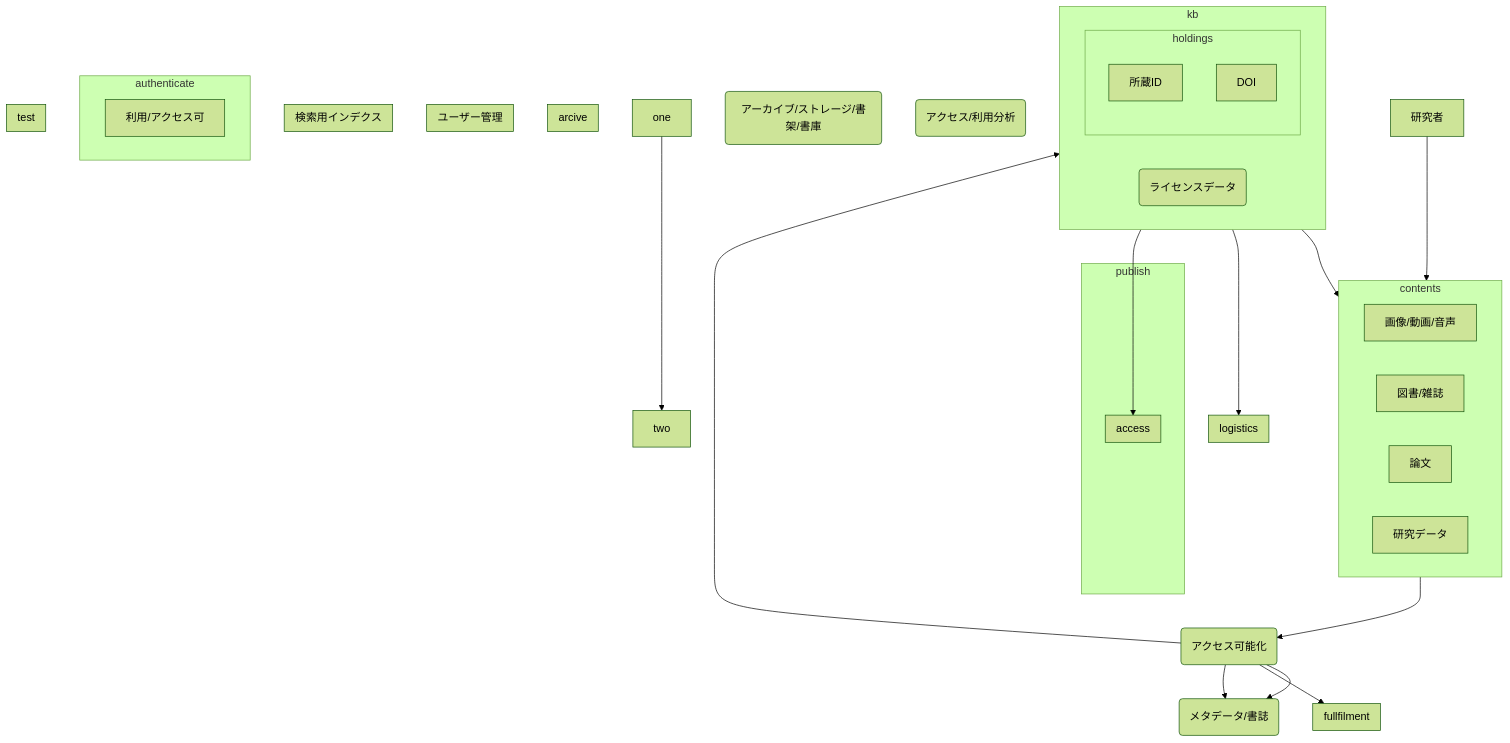
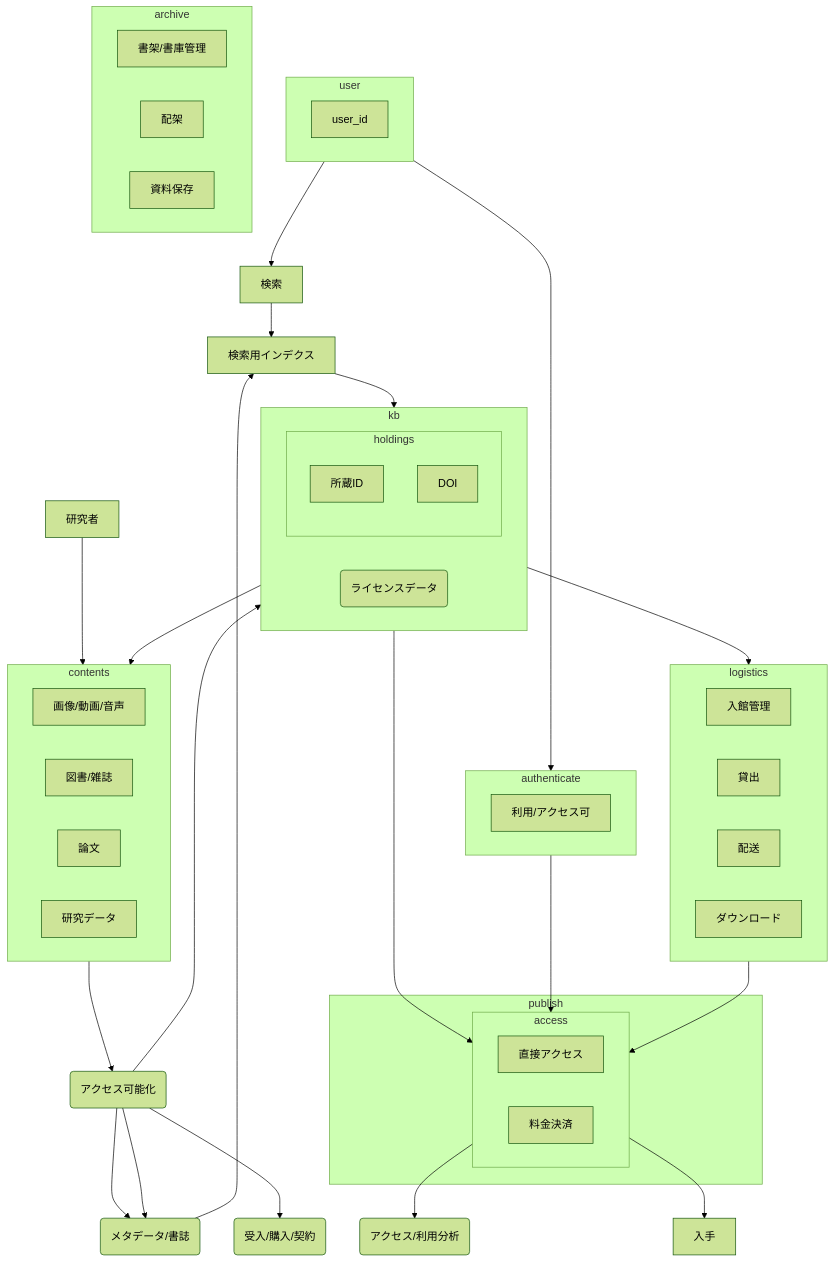
Before and after one commit to wonox/libraryschema: the diagram in README.md, drawn with Mermaid (forest theme).

Commit message:
README commit

````diff
--- a/README.md
+++ b/README.md
@@ -6,63 +6,73 @@
 ```mermaid
 flowchart TB
 
 accessible(アクセス可能化)
 kb(所在データ/ナレッジベース)
 licence(ライセンスデータ)
 contents(コンテンツ)
 fullfilment(受入/購入/契約)
 metadata(メタデータ/書誌)
 logistics(物流制御)
 archive(アーカイブ/ストレージ/書架/書庫)
 authenticate(認証/認可)
 analyze(アクセス/利用分析)
+user(ユーザー管理)
 
 研究者 --> contents
 contents --> accessible
 accessible --> metadata
 accessible --> kb
 accessible --> fullfilment
 accessible --> metadata
 kb --> contents
 kb --> logistics
 kb --> access
+access --> analyze
+access --> 入手
+authenticate --> access
+logistics --> access
+metadata --> 検索用インデクス
+検索用インデクス --> kb
+user --> 検索
+user --> authenticate
+検索 --> 検索用インデクス
 
 subgraph contents
     画像/動画/音声
     図書/雑誌
     論文
     研究データ
 end
-
 subgraph publish
     access
 end
 subgraph kb
    subgraph holdings
      所蔵ID
      DOI
    end
    licence
 end
-subgraph arcive
-end
-subgraph ユーザー管理
-end
-subgraph 検索用インデクス
-end 
-subgraph fullfilment
-end 
-subgraph test
+subgraph user
+   user_id
 end
 subgraph logistics
+   入館管理
+   貸出
+   配送
+   ダウンロード
 end 
 subgraph authenticate
    利用/アクセス可
 end
 subgraph access
+    直接アクセス
+    料金決済
 end 
-subgraph test
+subgraph archive
+   書架/書庫管理
+   配架
+   資料保存
 end  
-one --> two
 
 ```
````
